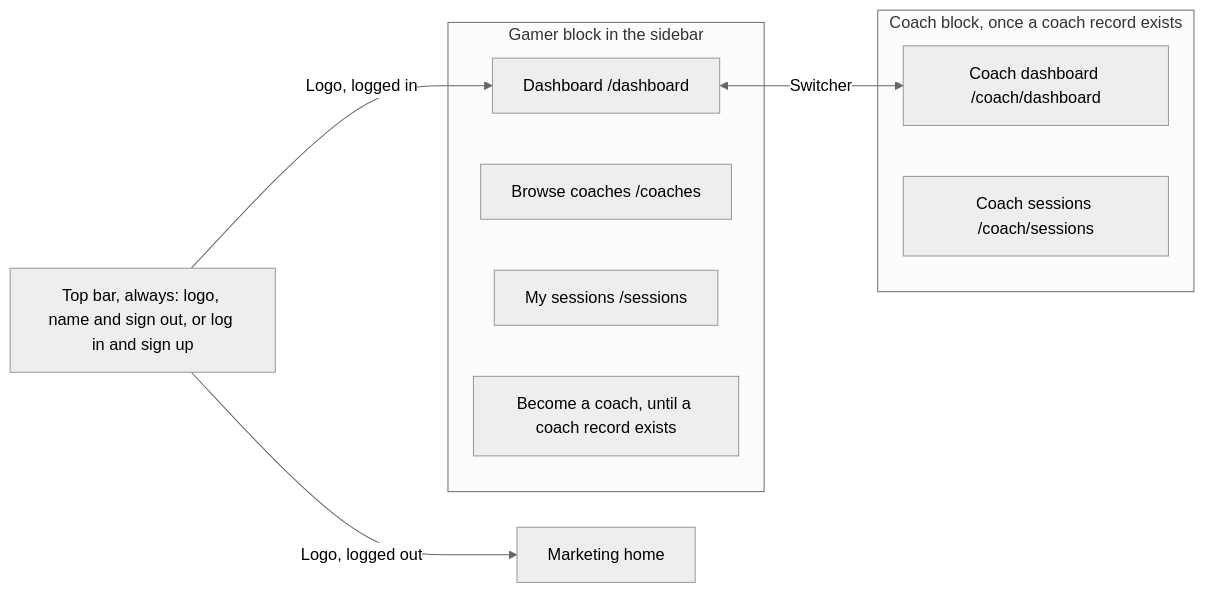
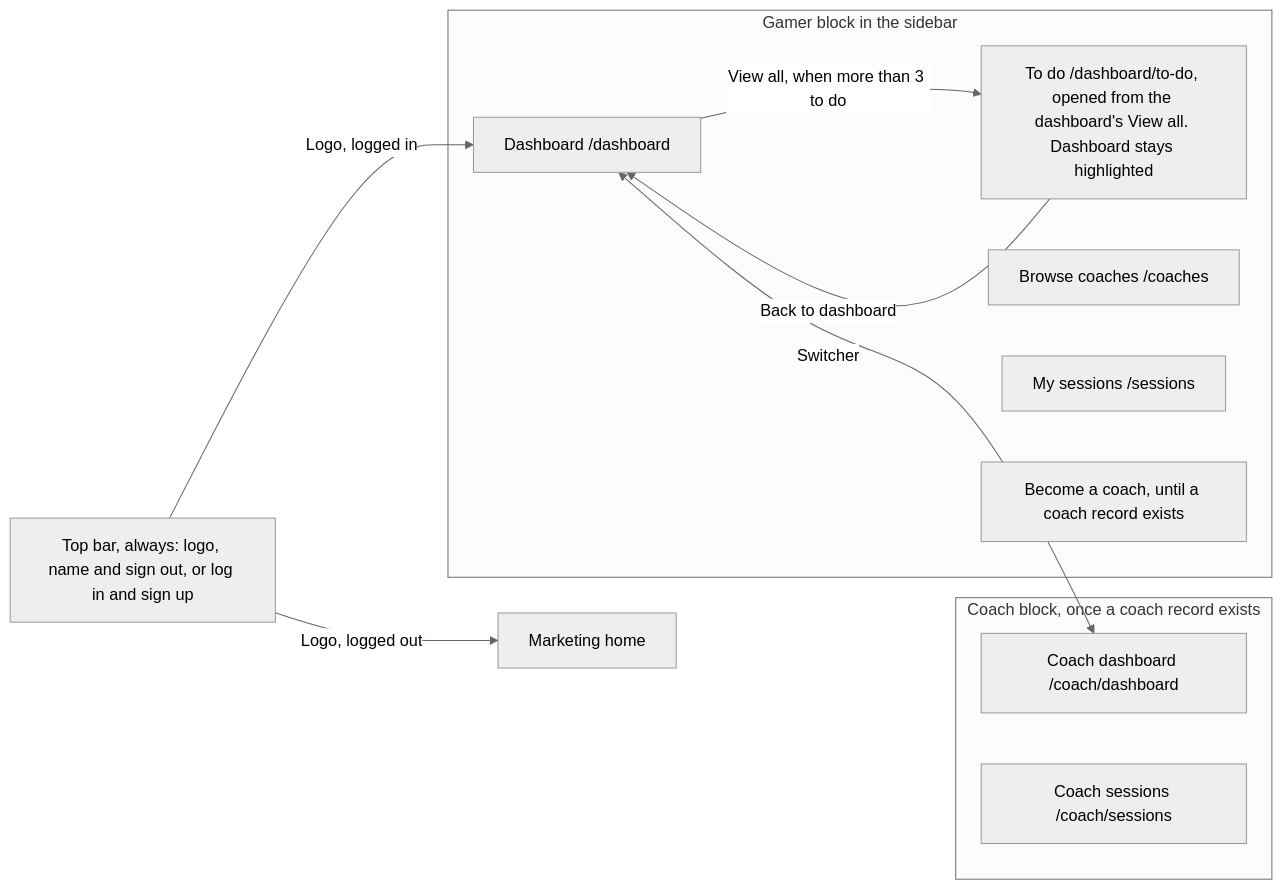
Before and after one commit to ILoveWaterSm/Harbourly-Waitlist-2.0: diagram 13 of 13 in design/USER-FLOW.md, drawn with Mermaid (neutral theme). The commit also changed 5 other files, not shown here.

First line of the commit message:
Record the dashboard v2 decisions; add To do page to the flow; render.mjs window-height option

````diff
--- a/design/USER-FLOW.md
+++ b/design/USER-FLOW.md
@@ -391,20 +391,23 @@
 ```mermaid
 flowchart LR
   Top["Top bar, always: logo, name and sign out, or log in and sign up"]
   Top -->|"Logo, logged in"| GDash
   Top -->|"Logo, logged out"| Home["Marketing home"]
 
   subgraph Gamer["Gamer block in the sidebar"]
     GDash["Dashboard /dashboard"]
+    GTodo["To do /dashboard/to-do, opened from the dashboard's View all. Dashboard stays highlighted"]
     GBrowse["Browse coaches /coaches"]
     GSess["My sessions /sessions"]
     GBecome["Become a coach, until a coach record exists"]
   end
 
   subgraph Coach["Coach block, once a coach record exists"]
     CDash["Coach dashboard /coach/dashboard"]
     CSess["Coach sessions /coach/sessions"]
   end
 
+  GDash -->|"View all, when more than 3 to do"| GTodo
+  GTodo -->|"Back to dashboard"| GDash
   GDash <-->|"Switcher"| CDash
 ```
````
